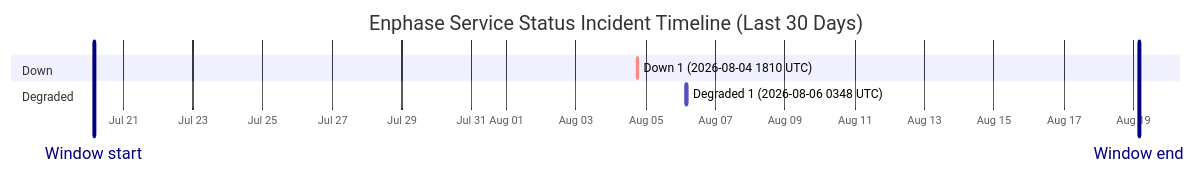
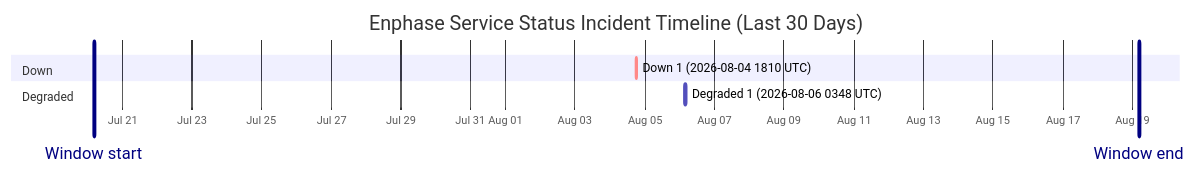
The diagram in wiki/Service-Status-History.md (barneyonline/ha-enphase-energy), drawn with Mermaid before and after one commit. The commit also changed other lines of this file and 3 other files, not shown here.

````diff
--- a/wiki/Service-Status-History.md
+++ b/wiki/Service-Status-History.md
@@ -14,12 +14,12 @@
 ```mermaid
 gantt
     title Enphase Service Status Incident Timeline (Last 30 Days)
     dateFormat  YYYY-MM-DDTHH:mm:ss
     axisFormat  %b %d
-    Window start :vert, window-start, 2026-07-20T03:44:15, 0ms
-    Window end :vert, window-end, 2026-08-19T03:44:15, 0ms
+    Window start :vert, window-start, 2026-07-20T04:34:30, 0ms
+    Window end :vert, window-end, 2026-08-19T04:34:30, 0ms
     section Down
     Down 1 (2026-08-04 1810 UTC) :crit, down-1, 2026-08-04T18:10:46, 60m
     section Degraded
     Degraded 1 (2026-08-06 0348 UTC) :active, degraded-1, 2026-08-06T03:48:14, 60m
 ```
````
